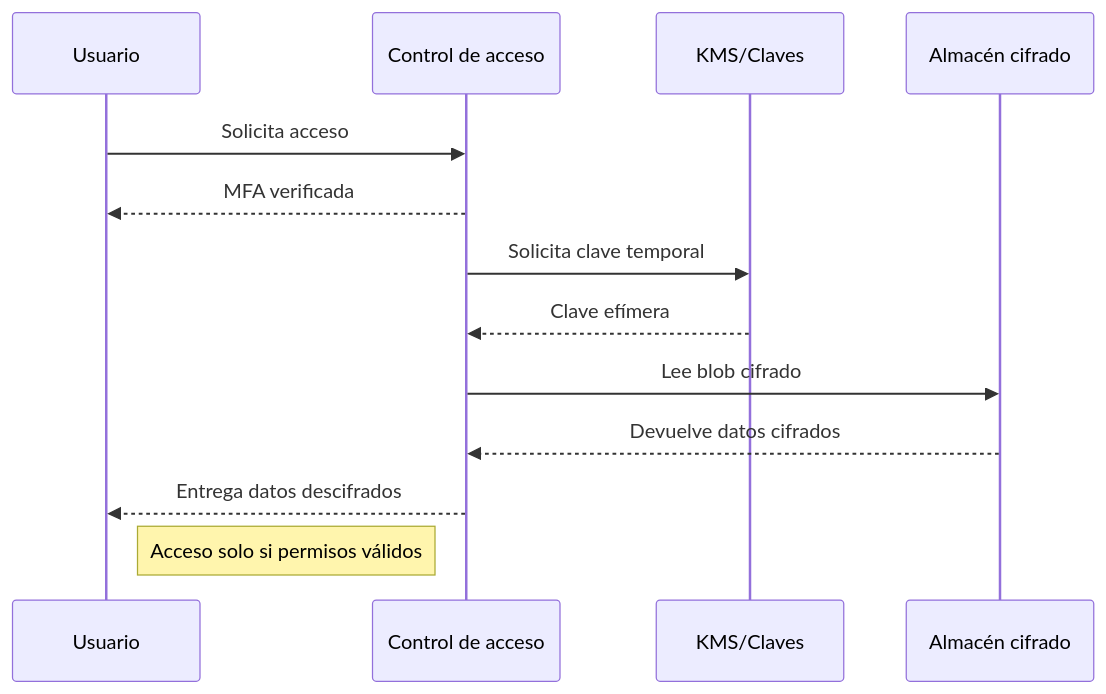
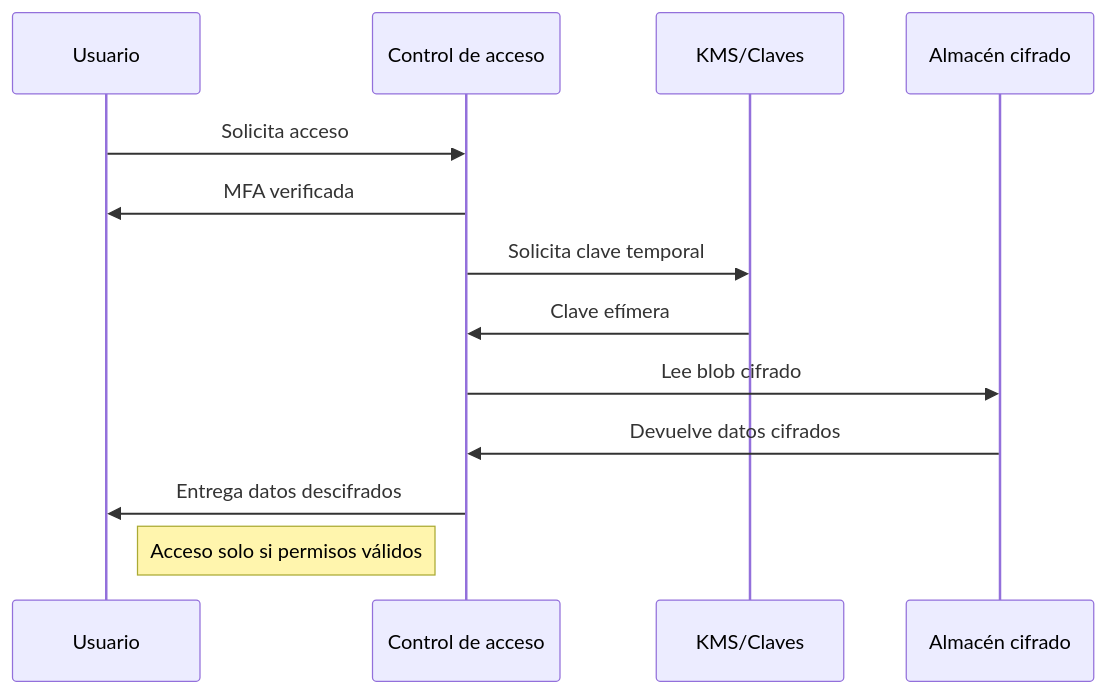
The third of 40 diagrams in README.md (LorenaLResusta/Digitalizacion), drawn with Mermaid before and after one commit. The commit also changed other lines of this file, not shown here.

````diff
--- a/README.md
+++ b/README.md
@@ -132,15 +132,15 @@
 ```mermaid
 sequenceDiagram
   participant U as Usuario
   participant A as Control de acceso
   participant K as KMS/Claves
   participant S as Almacén cifrado
   U->>A: Solicita acceso
-  A-->>U: MFA verificada
+  A->>U: MFA verificada
   A->>K: Solicita clave temporal
-  K-->>A: Clave efímera
+  K->>A: Clave efímera
   A->>S: Lee blob cifrado
-  S-->>A: Devuelve datos cifrados
-  A-->>U: Entrega datos descifrados
+  S->>A: Devuelve datos cifrados
+  A->>U: Entrega datos descifrados
   Note right of U: Acceso solo si permisos válidos
 ```
````
